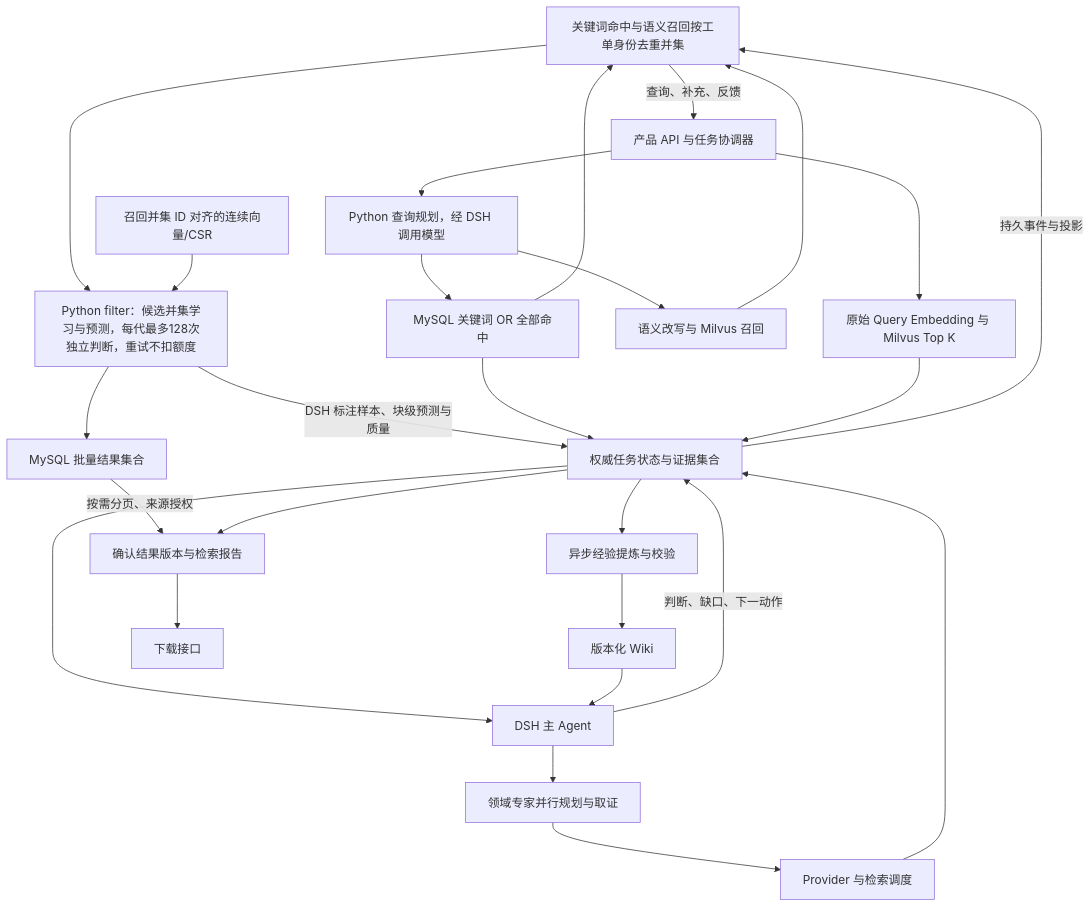
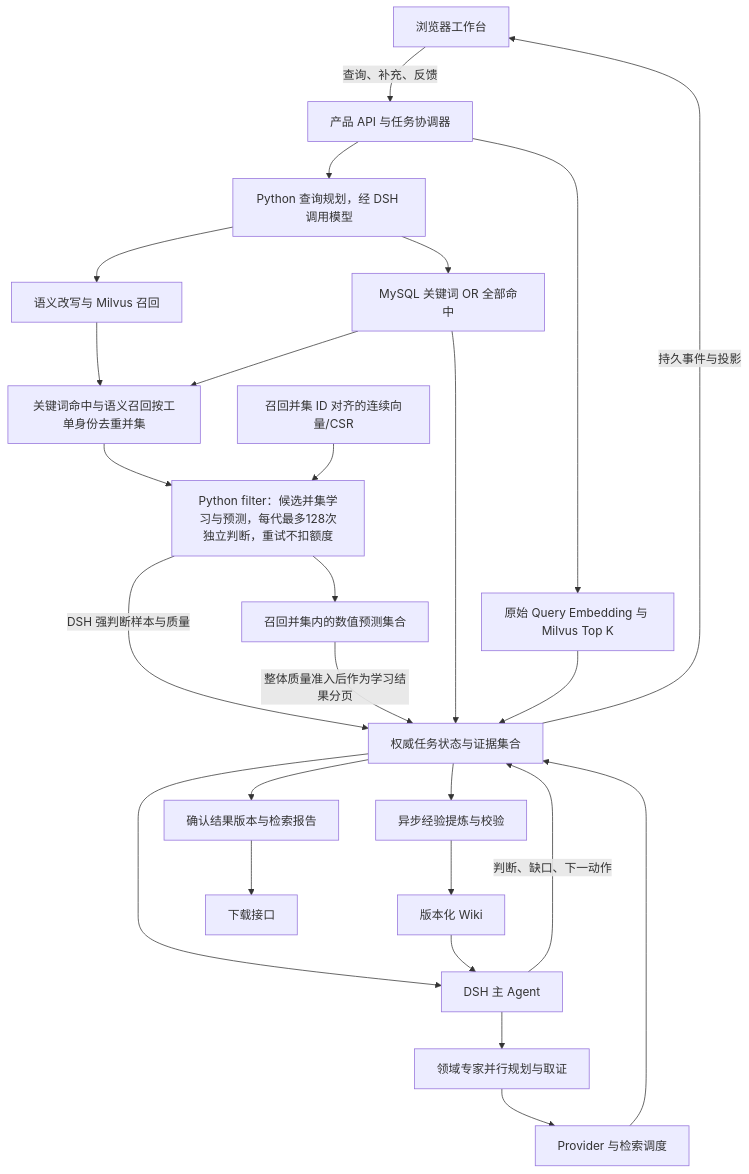
The diagram in docs/ARCHITECTURE.md (Merak-Wang/CaseWeave), drawn with Mermaid before and after one commit. The commit also changed other lines of this file and 10 other files, not shown here.

````diff
--- a/docs/ARCHITECTURE.md
+++ b/docs/ARCHITECTURE.md
@@ -13,28 +13,28 @@
 ```mermaid
 flowchart TD
   U[浏览器工作台] -->|查询、补充、反馈| API[产品 API 与任务协调器]
   API --> Q[Python 查询规划，经 DSH 调用模型]
   API --> V[原始 Query Embedding 与 Milvus Top K]
   Q --> K[MySQL 关键词 OR 全部命中]
   Q --> V2[语义改写与 Milvus 召回]
-  V2 --> U[关键词命中与语义召回按工单身份去重并集]
-  K --> U
-  U --> O[Python filter：候选并集学习与预测，每代最多128次独立判断，重试不扣额度]
+  V2 --> C[关键词命中与语义召回按工单身份去重并集]
+  K --> C
+  C --> O[Python filter：候选并集学习与预测，每代最多128次独立判断，重试不扣额度]
   F[召回并集 ID 对齐的连续向量/CSR] --> O
-  O -->|DSH 标注样本、块级预测与质量| S
-  O --> M[MySQL 批量结果集合]
-  M -->|按需分页、来源授权| R
+  O -->|DSH 强判断样本与质量| S
+  O --> M[召回并集内的数值预测集合]
+  M -->|整体质量准入后作为学习结果分页| S
   K --> S[权威任务状态与证据集合]
   V --> S
   S --> A[DSH 主 Agent]
   W[版本化 Wiki] --> A
   A --> E[领域专家并行规划与取证]
   E --> P[Provider 与检索调度]
   P --> S
   A -->|判断、缺口、下一动作| S
   S -->|持久事件与投影| U
   S --> R[确认结果版本与检索报告]
   R --> D[下载接口]
   S --> L[异步经验提炼与校验]
   L --> W
 ```
````
